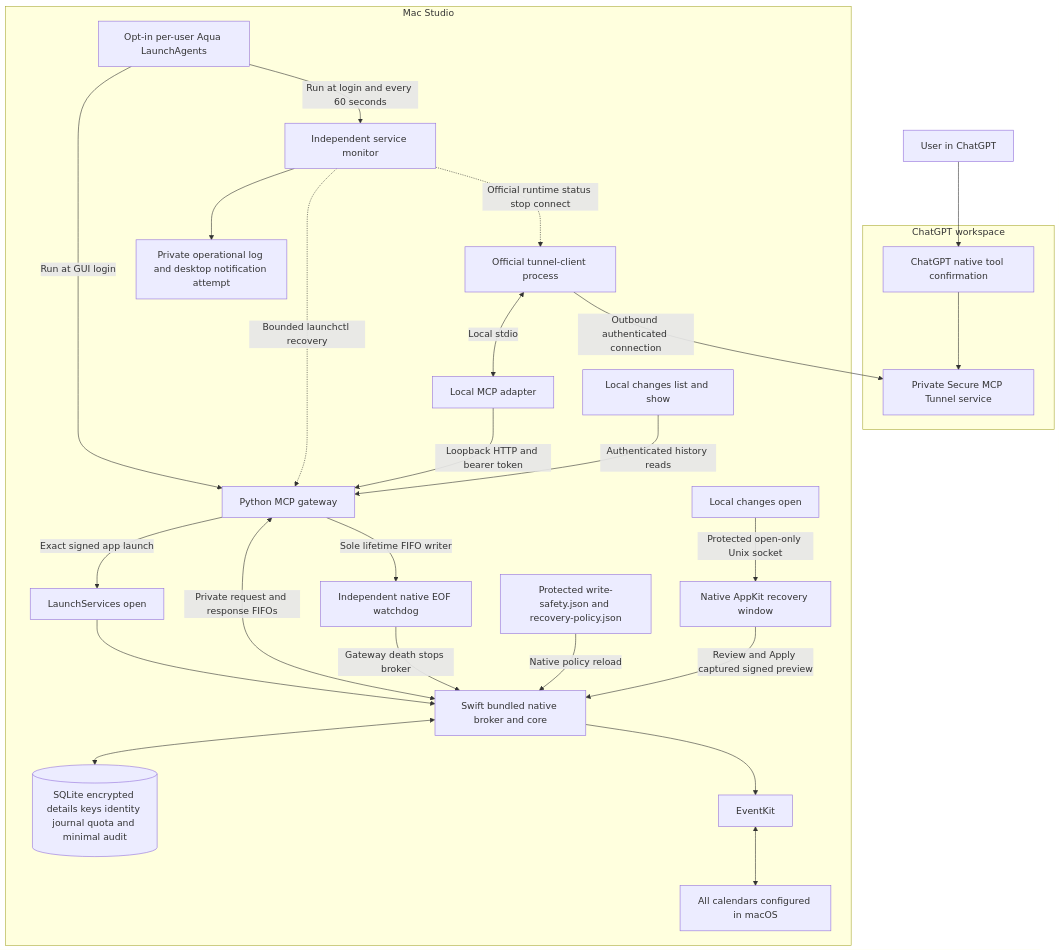
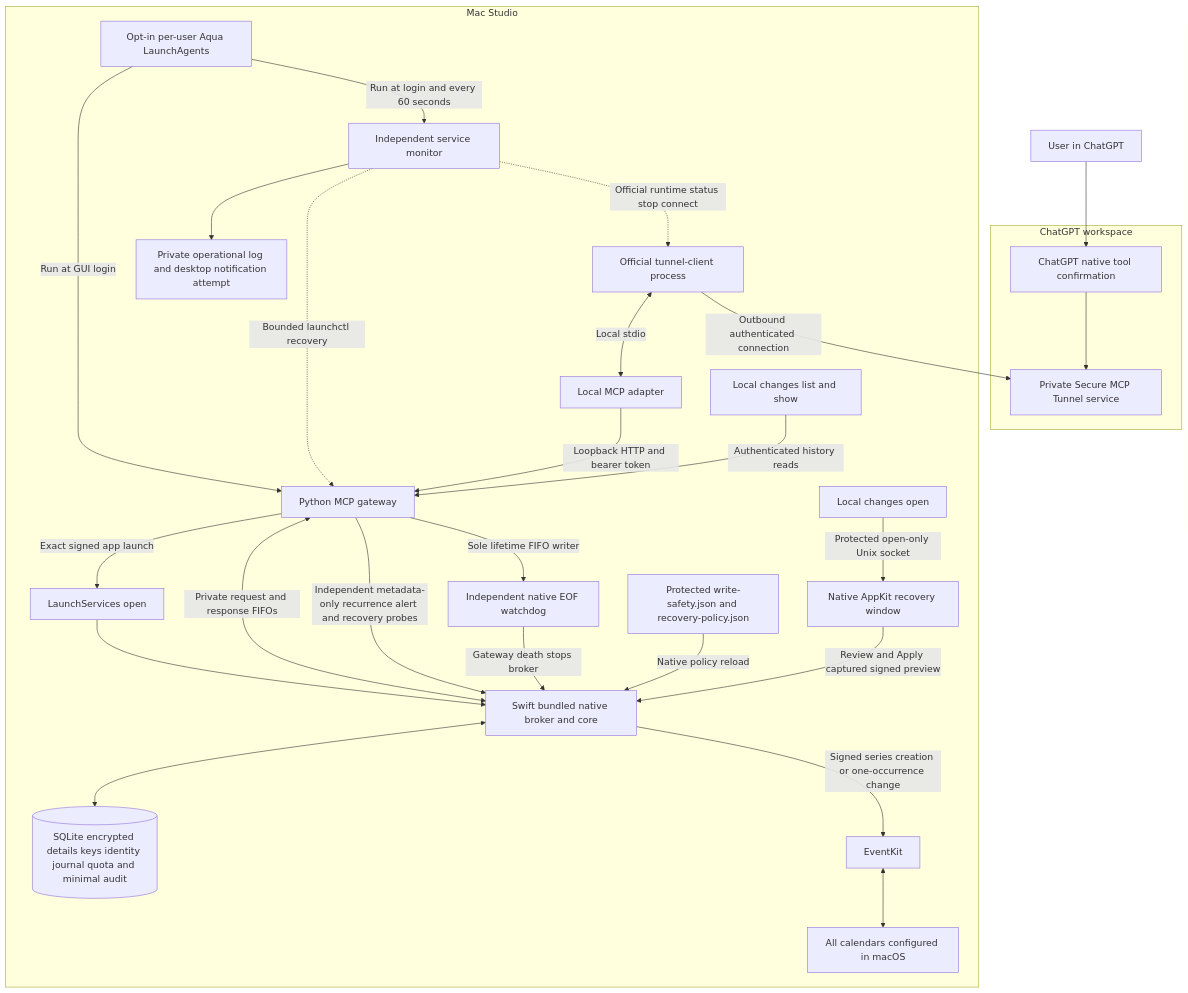
Before and after one commit to rmilkowski/icloud-calendar-mcp: the first of 3 diagrams in docs/architecture.md, drawn with Mermaid. The commit also changed other lines of this file and 18 other files, not shown here.

Commit message:
Support recurring creation and individual occurrence management

````diff
--- a/docs/architecture.md
+++ b/docs/architecture.md
@@ -41,29 +46,30 @@
 ```mermaid
 flowchart TB
     U[User in ChatGPT] --> C[ChatGPT native tool confirmation]
     subgraph Cloud[ChatGPT workspace]
         C --> T[Private Secure MCP Tunnel service]
     end
     subgraph Mac[Mac Studio]
         LD[Opt-in per-user Aqua LaunchAgents] -->|Run at GUI login| G
         LD -->|Run at login and every 60 seconds| M[Independent service monitor]
         M -.->|Bounded launchctl recovery| G
         M -.->|Official runtime status stop connect| TC
         M --> N[Private operational log and desktop notification attempt]
         TC[Official tunnel-client process] -->|Outbound authenticated connection| T
         TC <-->|Local stdio| A[Local MCP adapter]
         A -->|Loopback HTTP and bearer token| G[Python MCP gateway]
         G -->|Exact signed app launch| L[LaunchServices open]
         L --> B[Swift bundled native broker and core]
         G <-->|Private request and response FIFOs| B
+        G -->|Independent metadata-only recurrence alert and recovery probes| B
         G -->|Sole lifetime FIFO writer| W[Independent native EOF watchdog]
         W -->|Gateway death stops broker| B
         P[Protected write-safety.json and recovery-policy.json] -->|Native policy reload| B
         CLI[Local changes list and show] -->|Authenticated history reads| G
         OPEN[Local changes open] -->|Protected open-only Unix socket| UI[Native AppKit recovery window]
         UI -->|Review and Apply captured signed preview| B
         B <--> D[(SQLite encrypted details keys identity journal quota and minimal audit)]
-        B --> E[EventKit]
+        B -->|Signed series creation or one-occurrence change| E[EventKit]
         E <--> K[All calendars configured in macOS]
     end
 ```
````
